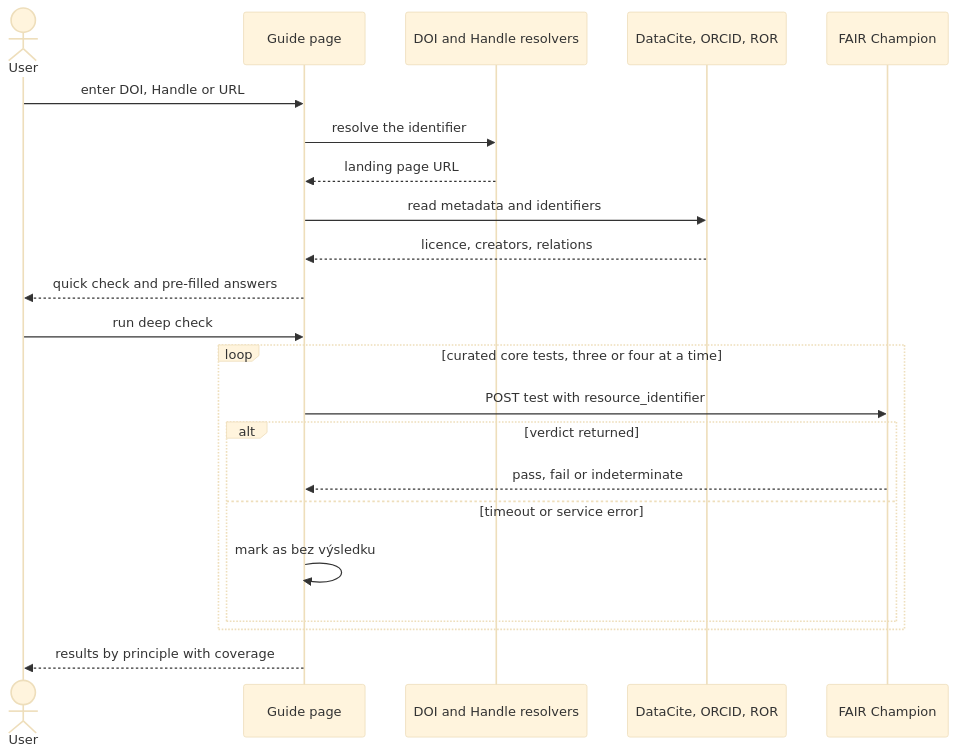
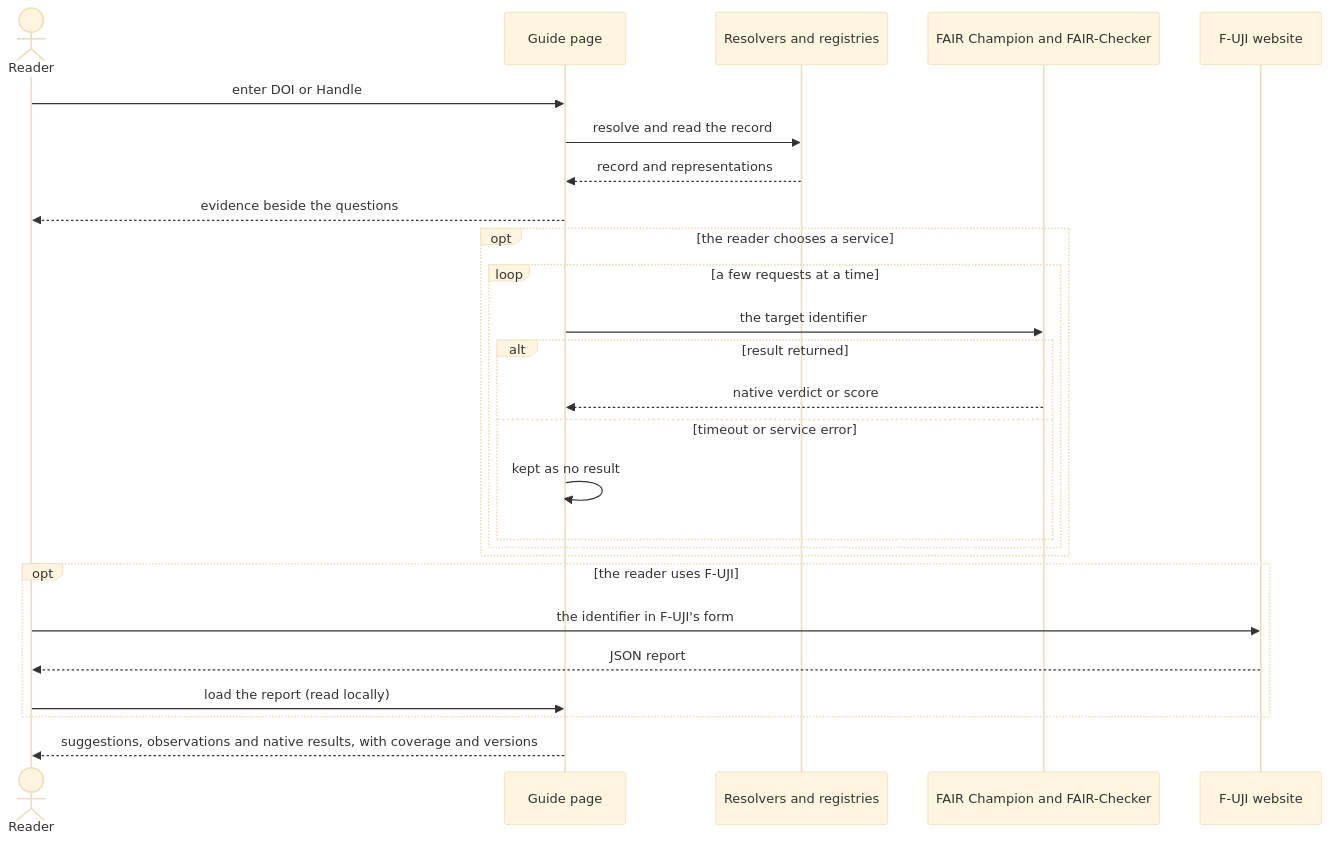
The fifth of 7 diagrams in docs/design.md (dsw-nrp/eosc-fair-guide), drawn with Mermaid (base theme) before and after one commit. The commit also changed other lines of this file and 298 other files, not shown here.

````diff
--- a/docs/design.md
+++ b/docs/design.md
@@ -260,26 +205,30 @@
 ```mermaid
 sequenceDiagram
-  accTitle: Two-stage live check
-  accDescr: A quick deterministic check resolves the identifier and reads DataCite, ORCID and ROR. An opt-in deep check calls curated FAIR Champion tests a few at a time and reports coverage, never counting a service failure as a failed requirement.
-  actor U as User
+  accTitle: Evaluation sequence
+  accDescr: Quick discovery resolves the identifier and reads its record and representations. FAIR Champion and FAIR-Checker run only when the reader chooses them, a few requests at a time. A F-UJI report is produced on F-UJI's site and read locally. Results without a verdict never count as failures, and the reader's answers stay theirs.
+  actor U as Reader
   participant P as Guide page
-  participant R as DOI and Handle resolvers
-  participant D as DataCite, ORCID, ROR
-  participant C as FAIR Champion
-  U->>P: enter DOI, Handle or URL
-  P->>R: resolve the identifier
-  R-->>P: landing page URL
-  P->>D: read metadata and identifiers
-  D-->>P: licence, creators, relations
-  P-->>U: quick check and pre-filled answers
-  U->>P: run deep check
-  loop curated core tests, three or four at a time
-    P->>C: POST test with resource_identifier
-    alt verdict returned
-      C-->>P: pass, fail or indeterminate
-    else timeout or service error
-      P->>P: mark as bez výsledku
+  participant D as Resolvers and registries
+  participant C as FAIR Champion and FAIR-Checker
+  participant F as F-UJI website
+  U->>P: enter DOI or Handle
+  P->>D: resolve and read the record
+  D-->>P: record and representations
+  P-->>U: evidence beside the questions
+  opt the reader chooses a service
+    loop a few requests at a time
+      P->>C: the target identifier
+      alt result returned
+        C-->>P: native verdict or score
+      else timeout or service error
+        P->>P: kept as no result
+      end
     end
   end
-  P-->>U: results by principle with coverage
+  opt the reader uses F-UJI
+    U->>F: the identifier in F-UJI's form
+    F-->>U: JSON report
+    U->>P: load the report (read locally)
+  end
+  P-->>U: suggestions, observations and native results, with coverage and versions
 ```
````
